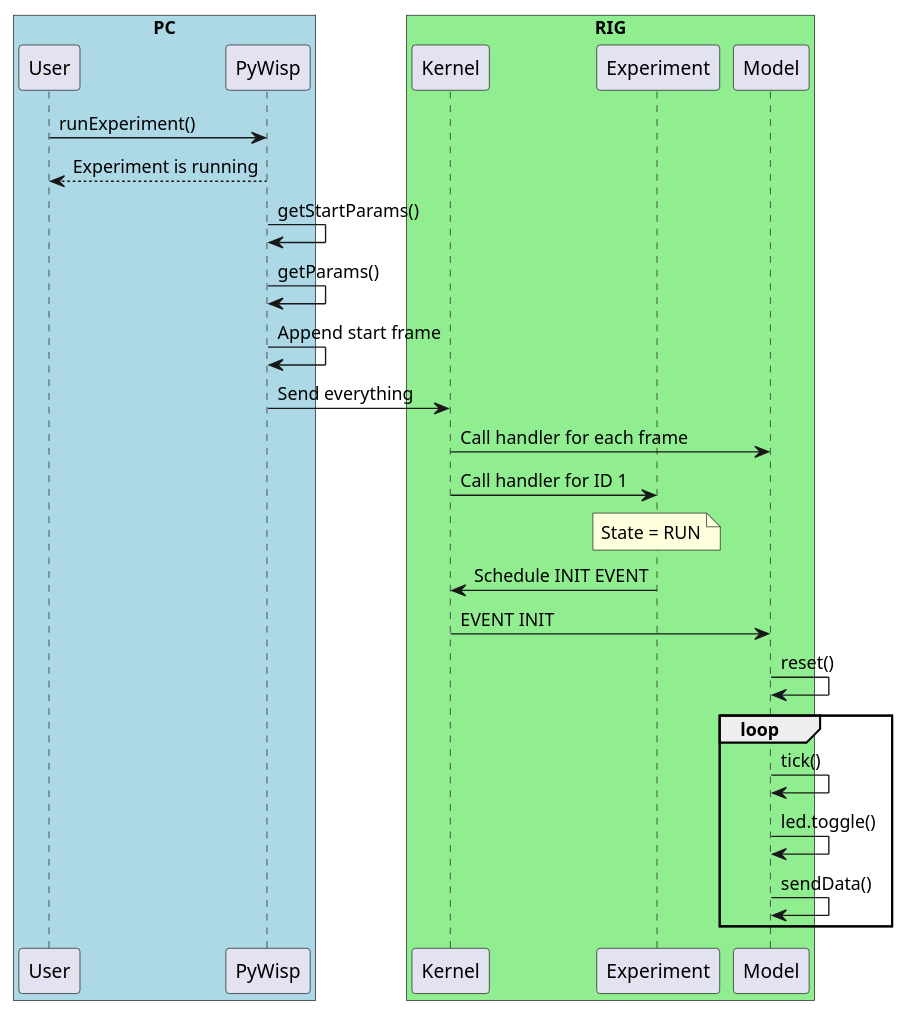
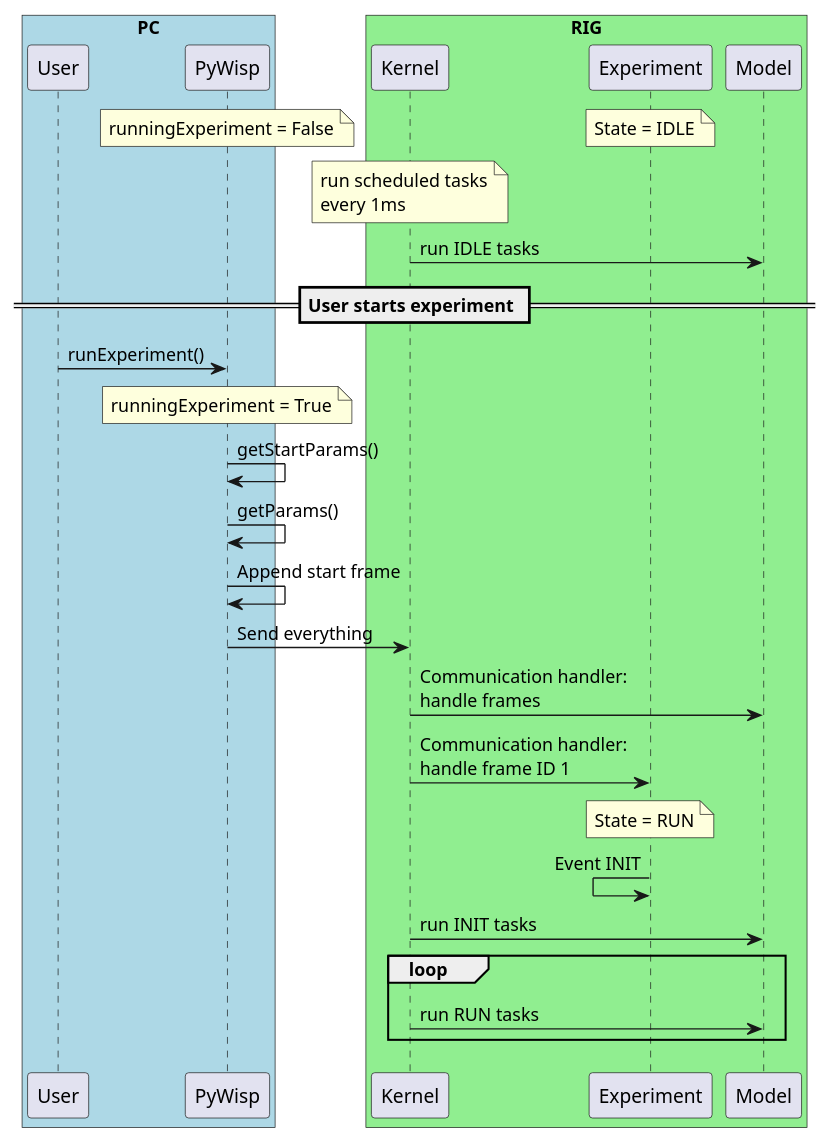
One commit to umit-iace/tool-pywisp changed the fourth of 5 diagrams in docs/communication/index.rst. Above: the diagram before and after it, drawn with PlantUML. The commit also changed other lines of this file and 2 other files, not shown here.

```diff
--- a/docs/communication/index.rst
+++ b/docs/communication/index.rst
@@ -84,30 +87,33 @@
 .. uml::
     :caption: Running an experiment
 
     box "PC" #LightBlue
     participant User
     participant PyWisp
     end box
     box "RIG" #LightGreen
     participant Kernel
     participant Experiment
     participant Model
     end box
 
+    !pragma teoz true
+    note over Experiment: State = IDLE
+    &note over PyWisp: runningExperiment = False
+    note over Kernel: run scheduled tasks\nevery 1ms
+    Kernel -> Model: run IDLE tasks
+    == User starts experiment ==
     User -> PyWisp: runExperiment()
-    User <-- PyWisp: Experiment is running
+    note over PyWisp: runningExperiment = True
     PyWisp -> PyWisp: getStartParams()
     PyWisp -> PyWisp: getParams()
     PyWisp -> PyWisp: Append start frame
     PyWisp -> Kernel: Send everything
-    Kernel -> Model: Call handler for each frame
-    Kernel -> Experiment: Call handler for ID 1
+    Kernel -> Model: Communication handler:\nhandle frames
+    Kernel -> Experiment: Communication handler:\nhandle frame ID 1
     note over Experiment: State = RUN
-    Kernel <- Experiment: Schedule INIT EVENT
-    Kernel -> Model: EVENT INIT
-    Model -> Model: reset()
+    Experiment <- Experiment: Event INIT
+    Kernel -> Model: run INIT tasks
     loop
-        Model -> Model: tick()
-        Model -> Model: led.toggle()
-        Model -> Model: sendData()
+    Kernel -> Model: run RUN tasks
     end
```
